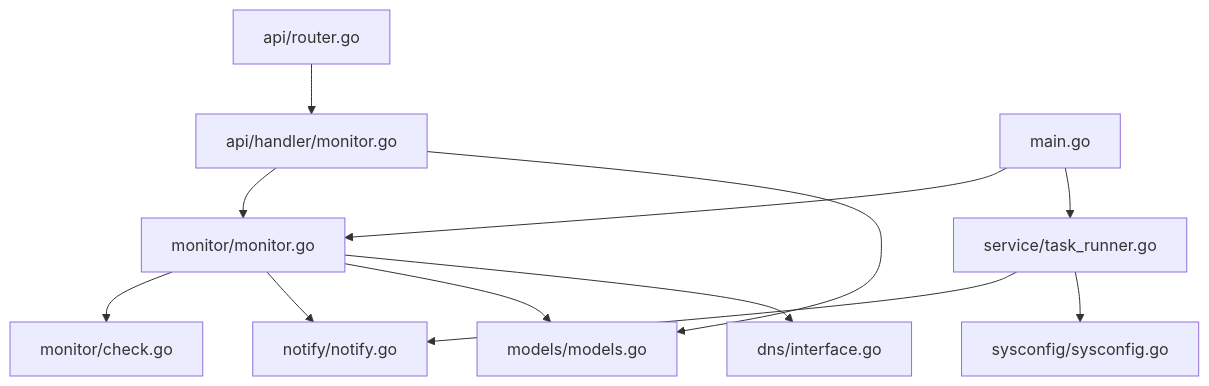
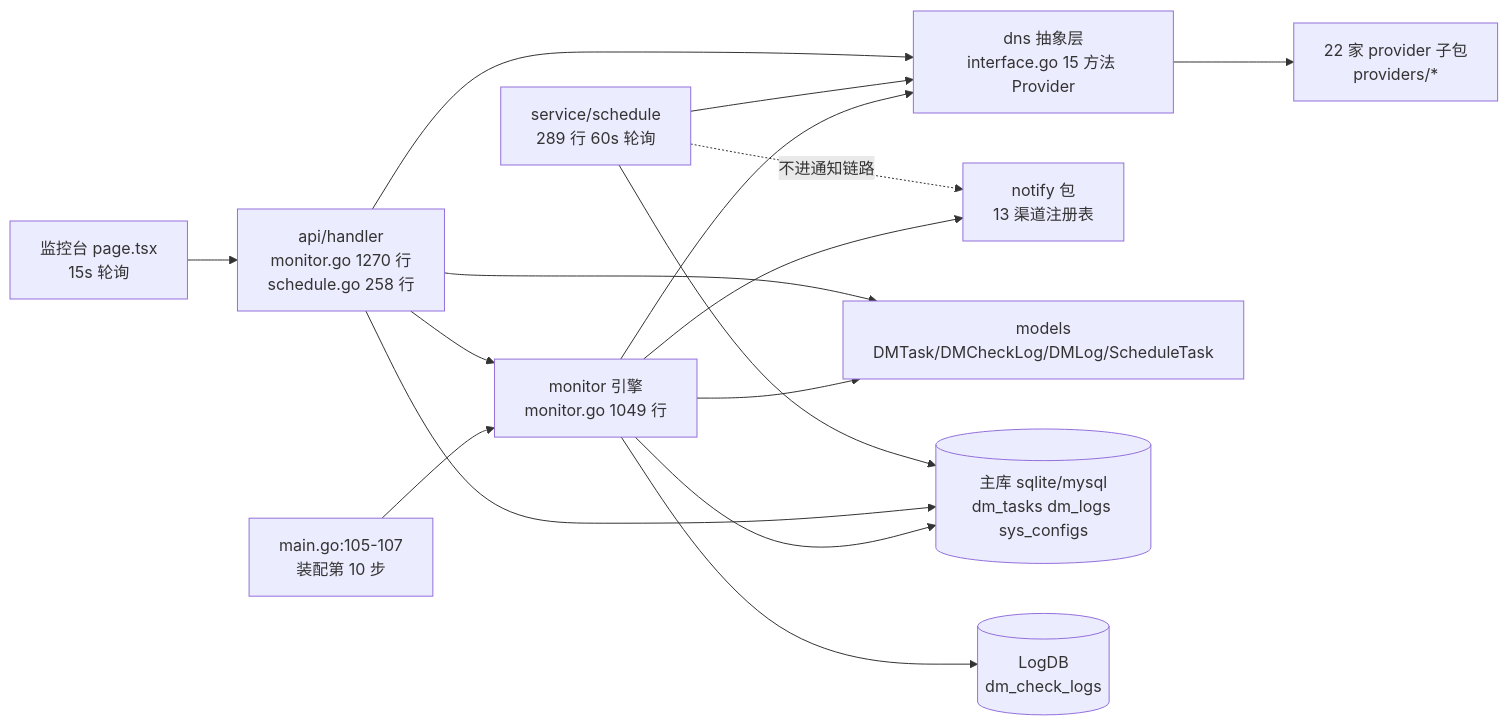
One commit to x01n/dnsplane changed the fourth of 4 diagrams in docs/监控告警系统/监控告警系统.md. Above: the diagram before and after it, drawn with Mermaid. The commit also changed other lines of this file and 326 other files, not shown here.

````diff
--- a/docs/监控告警系统/监控告警系统.md
+++ b/docs/监控告警系统/监控告警系统.md
@@ -392,14 +463,30 @@
 ```mermaid
-graph TB
-Monitor["monitor/monitor.go"] --> Check["monitor/check.go"]
-Monitor --> Notify["notify/notify.go"]
-Monitor --> Models["models/models.go"]
-Monitor --> DNSIF["dns/interface.go"]
-Handler["api/handler/monitor.go"] --> Monitor
-Handler --> Models
-Router["api/router.go"] --> Handler
-Main["main.go"] --> Monitor
-Main --> Task["service/task_runner.go"]
-Task --> Notify
-Task --> Sys["sysconfig/sysconfig.go"]
+graph LR
+    MON["monitor 引擎<br/>monitor.go 1049 行"]
+    HDL["api/handler<br/>monitor.go 1270 行<br/>schedule.go 258 行"]
+    SVC["service/schedule<br/>289 行 60s 轮询"]
+    DNS["dns 抽象层<br/>interface.go 15 方法 Provider"]
+    PRV["22 家 provider 子包<br/>providers/*"]
+    NTF["notify 包<br/>13 渠道注册表"]
+    MDL["models<br/>DMTask/DMCheckLog/DMLog/ScheduleTask"]
+    DB[("主库 sqlite/mysql<br/>dm_tasks dm_logs sys_configs")]
+    LOG[("LogDB<br/>dm_check_logs")]
+    MAIN["main.go:105-107<br/>装配第 10 步"]
+    WEB["监控台 page.tsx<br/>15s 轮询"]
+
+    MAIN --> MON
+    HDL --> MON
+    WEB --> HDL
+    MON --> DNS
+    SVC --> DNS
+    HDL --> DNS
+    DNS --> PRV
+    MON --> NTF
+    SVC -. 不进通知链路 .-> NTF
+    MON --> MDL
+    HDL --> MDL
+    MON --> DB
+    MON --> LOG
+    HDL --> DB
+    SVC --> DB
 ```
````
